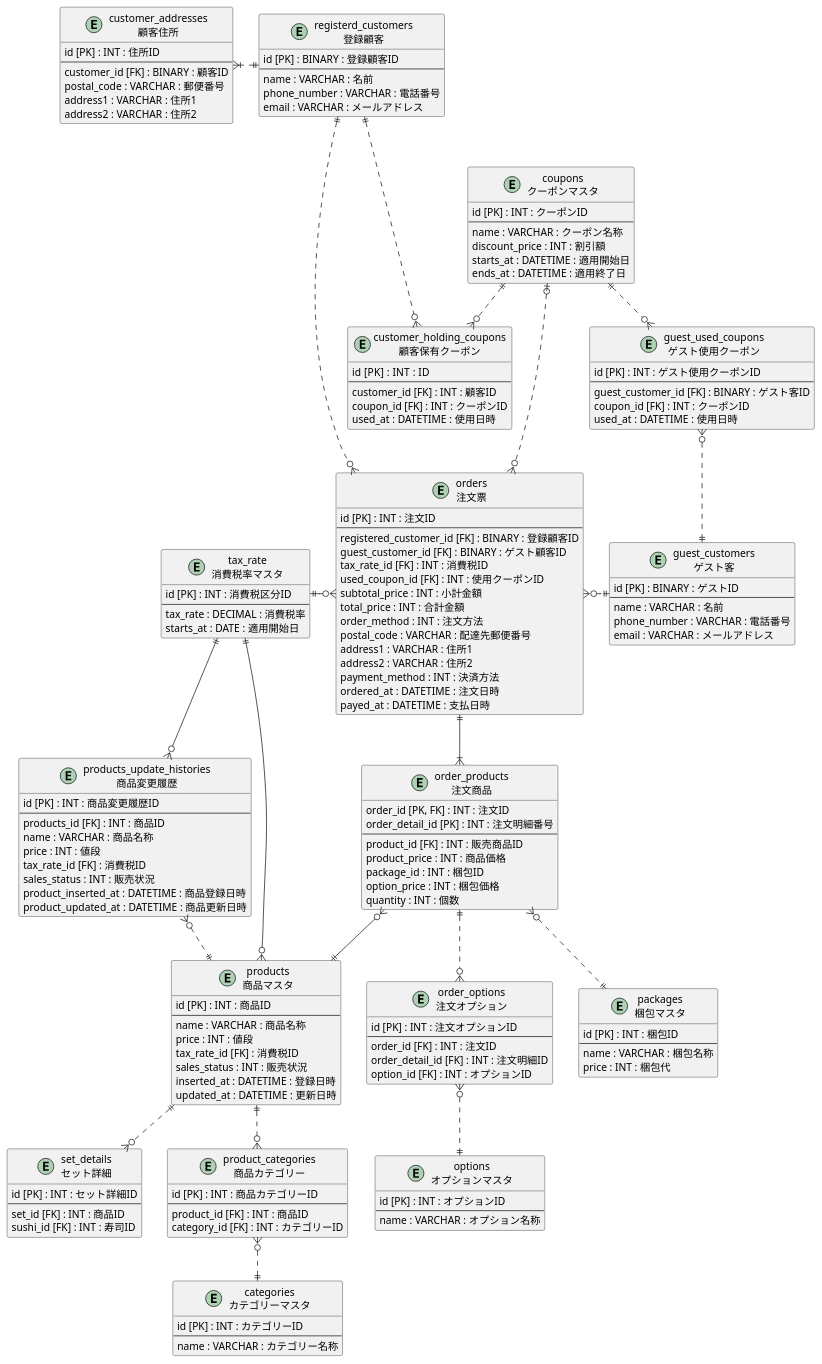
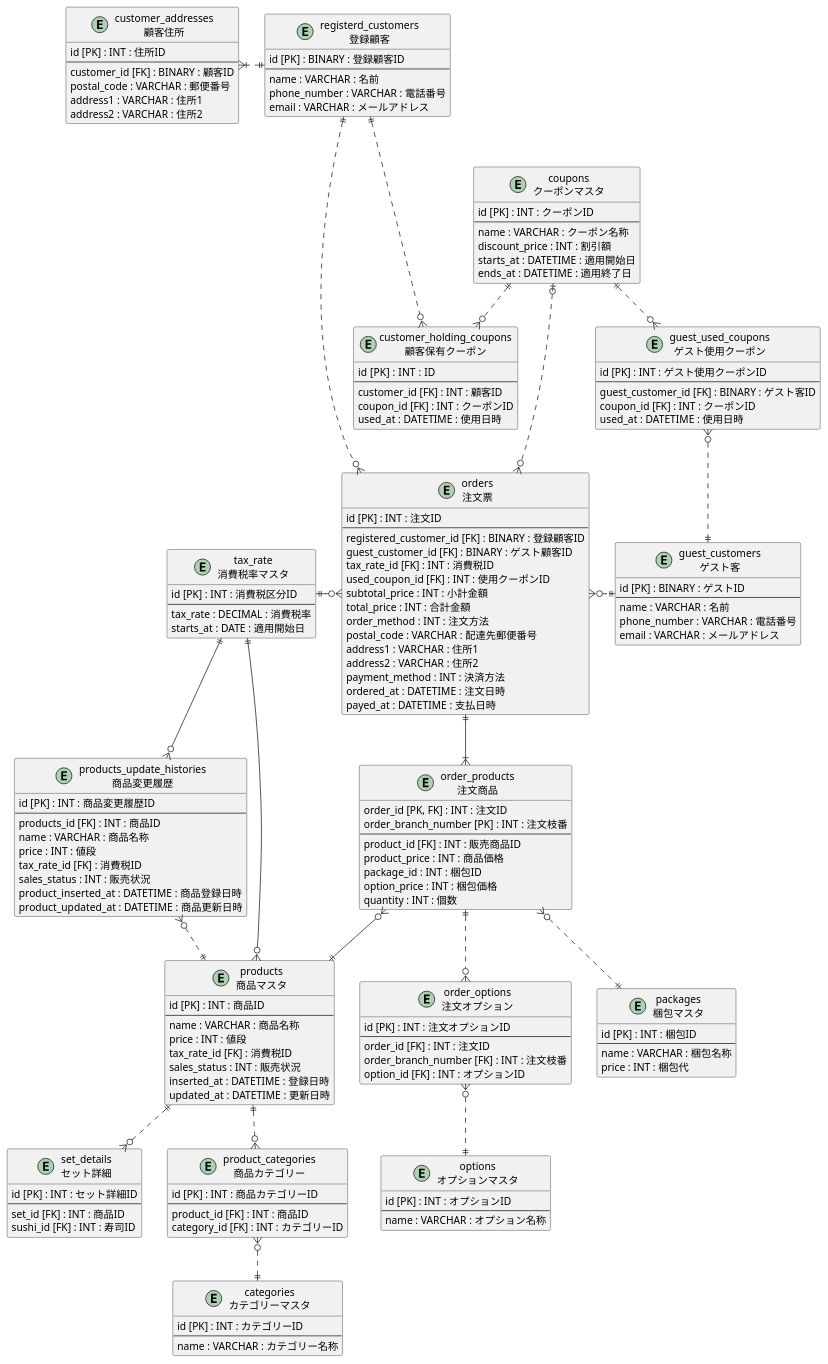
Before and after one commit to praha-inc/praha-challenge-7: the diagram in I84PdeRyF2ApGF/db_modeling01/task_04/db_modeling04.pu, drawn with PlantUML. The commit also changed 2 other files, not shown here.

```diff
--- a/I84PdeRyF2ApGF/db_modeling01/task_04/db_modeling04.pu
+++ b/I84PdeRyF2ApGF/db_modeling01/task_04/db_modeling04.pu
@@ -1,189 +1,189 @@
 @startuml dbModeling1
     Entity "tax_rate\n消費税率マスタ" as tax_rate{
         id [PK] : INT : 消費税区分ID
         --
         tax_rate : DECIMAL : 消費税率
         starts_at : DATE : 適用開始日
     }
 
     Entity "guest_customers\nゲスト客" as f_c {
         id [PK] : BINARY : ゲストID
         --
         name : VARCHAR : 名前
         phone_number : VARCHAR : 電話番号
         email : VARCHAR : メールアドレス
     }
 
     Entity "guest_used_coupons\nゲスト使用クーポン" as g_u_c{
         id [PK] : INT : ゲスト使用クーポンID
         --
         guest_customer_id [FK] : BINARY : ゲスト客ID
         coupon_id [FK] : INT : クーポンID
         used_at : DATETIME : 使用日時
     }
 
     Entity "customer_addresses\n顧客住所" as c_a{
         id [PK] : INT : 住所ID
         --
         customer_id [FK] : BINARY : 顧客ID
         postal_code : VARCHAR : 郵便番号
         address1 : VARCHAR : 住所1
         address2 : VARCHAR : 住所2
     }
     
     Entity "registerd_customers\n登録顧客" as r_c{
         id [PK] : BINARY : 登録顧客ID
         --
         name : VARCHAR : 名前
         phone_number : VARCHAR : 電話番号
         email : VARCHAR : メールアドレス
     }
 
     Entity "customer_holding_coupons\n顧客保有クーポン" as c_h_c{
         id [PK] : INT :  ID
         --
         customer_id [FK] : INT : 顧客ID
         coupon_id [FK] : INT : クーポンID
         used_at : DATETIME : 使用日時
     }
 
     Entity "coupons\nクーポンマスタ" as c_m{
         id [PK] : INT : クーポンID
         --
         name : VARCHAR : クーポン名称
         discount_price : INT : 割引額
         starts_at : DATETIME : 適用開始日
         ends_at : DATETIME : 適用終了日
     }
 
     Entity "orders\n注文票" as orders {
         id [PK] : INT : 注文ID
         --
         registered_customer_id [FK] : BINARY : 登録顧客ID
         guest_customer_id [FK] : BINARY : ゲスト顧客ID
         tax_rate_id [FK] : INT : 消費税ID
         used_coupon_id [FK] : INT : 使用クーポンID
         subtotal_price : INT : 小計金額
         total_price : INT : 合計金額
         order_method : INT : 注文方法
         postal_code : VARCHAR : 配達先郵便番号
         address1 : VARCHAR : 住所1
         address2 : VARCHAR : 住所2
         payment_method : INT : 決済方法
         ordered_at : DATETIME : 注文日時
         payed_at : DATETIME : 支払日時
     }
 
     Entity "order_products\n注文商品" as order_details {
         order_id [PK, FK] : INT : 注文ID 
-        order_detail_id [PK] : INT : 注文明細番号 
+        order_branch_number [PK] : INT : 注文枝番 
         --
         product_id [FK] : INT : 販売商品ID
         product_price : INT : 商品価格
         package_id : INT : 梱包ID 
         option_price : INT : 梱包価格
         quantity : INT : 個数
     }
 
     Entity "order_options\n注文オプション" as options {
         id [PK] : INT : 注文オプションID
         --
         order_id [FK] : INT : 注文ID
-        order_detail_id [FK] : INT : 注文明細ID
+        order_branch_number [FK] : INT : 注文枝番
         option_id [FK] : INT : オプションID
     }
 
     Entity "options\nオプションマスタ" as om{
         id [PK] : INT : オプションID
         --
         name : VARCHAR : オプション名称
     }
 
     Entity "packages\n梱包マスタ" as p_o{
         id [PK] : INT : 梱包ID
         --
         name : VARCHAR : 梱包名称
         price : INT : 梱包代
     }
 
     Entity "products\n商品マスタ" as s_p{
         id [PK] : INT : 商品ID
         --
         name : VARCHAR : 商品名称
         price : INT : 値段
         tax_rate_id [FK] : 消費税ID
         sales_status : INT : 販売状況
         inserted_at : DATETIME : 登録日時
         updated_at : DATETIME : 更新日時
     }
 
     Entity "products_update_histories\n商品変更履歴" as p_h {
         id [PK] : INT : 商品変更履歴ID
         --
         products_id [FK] : INT : 商品ID
         name : VARCHAR : 商品名称
         price : INT : 値段
         tax_rate_id [FK] : 消費税ID
         sales_status : INT : 販売状況
         product_inserted_at : DATETIME : 商品登録日時
         product_updated_at : DATETIME : 商品更新日時
     }
 
     Entity "set_details\nセット詳細" as s_d{
         id [PK] : INT : セット詳細ID
         --
         set_id [FK] : INT : 商品ID
         sushi_id [FK] : INT : 寿司ID
     }
 
     Entity "categories\nカテゴリーマスタ" as c {
         id [PK] : INT : カテゴリーID
         --
         name : VARCHAR : カテゴリー名称
     }
 
     Entity "product_categories\n商品カテゴリー" as pc {
         id [PK] : INT : 商品カテゴリーID
         --
         product_id [FK] : INT : 商品ID
         category_id [FK] : INT : カテゴリーID
     }
 
     orders }o..r..|| f_c
     r_c ||....o{ orders
     orders ||-d-|{ order_details
     orders }o-l-|| tax_rate
     order_details }o--|| s_p
     tax_rate ||--o{ s_p
     tax_rate ||--o{ p_h
     s_p ||..o{ pc
     pc }o..|| c
     s_p ||..o{ s_d
     order_details ||..o{ options
     options }o..|| om
     s_p ||..l..o{ p_h 
     order_details }o..|| p_o
     ' p_o ||..o{ p_o_h
     r_c ||..o{ c_h_c
     ' f_c ||..o{ g_u_c
     g_u_c }o..|| f_c
     c_m ||..o{ c_h_c
     c_m ||..o{ g_u_c
     c_m |o..o{ orders
     c_a }|.r.|| r_c
 
 
     ' * 主キー
     ' + 外部キー
     ' カラム名 : 型 : 説明
 
     ' 1対０また1
     ' A ||--o| B
     ' 1対1
     ' A ||--|| B
     ' 1対0以上
     ' A ||--o{ B
     ' 1対1以上
     ' A ||--|{ B
 
 @enduml
```
